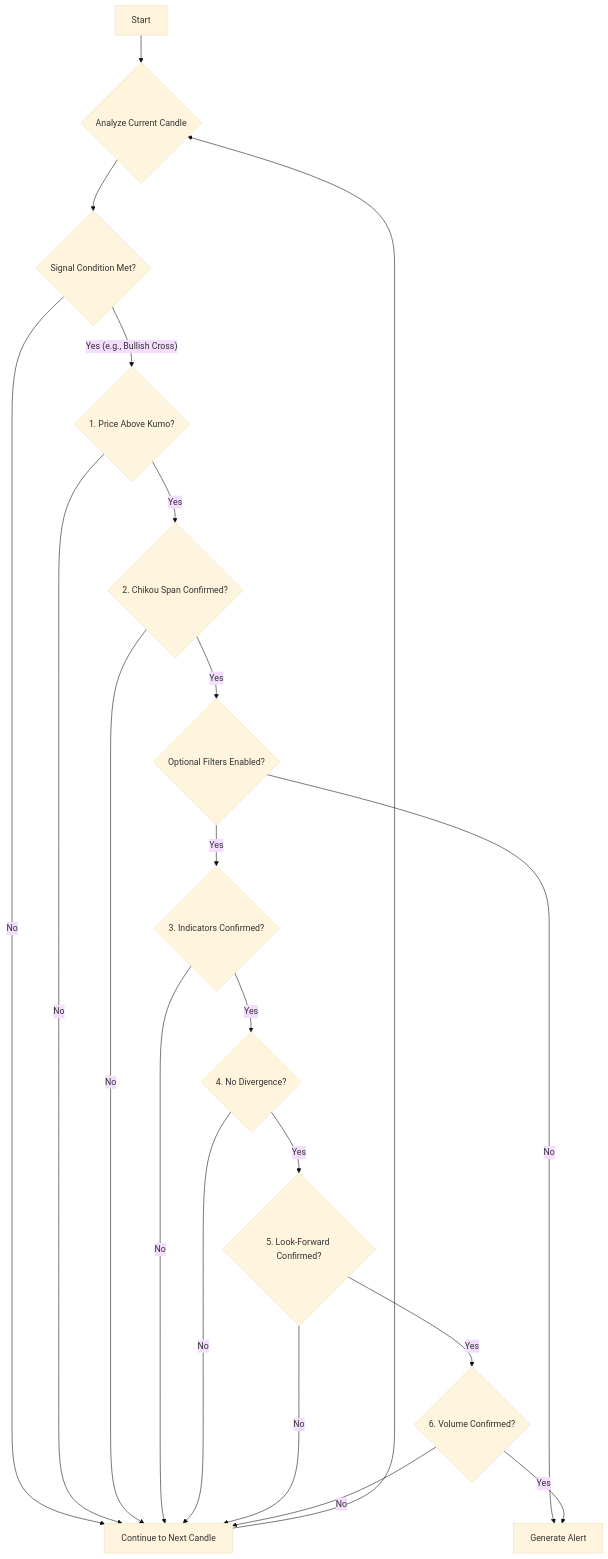
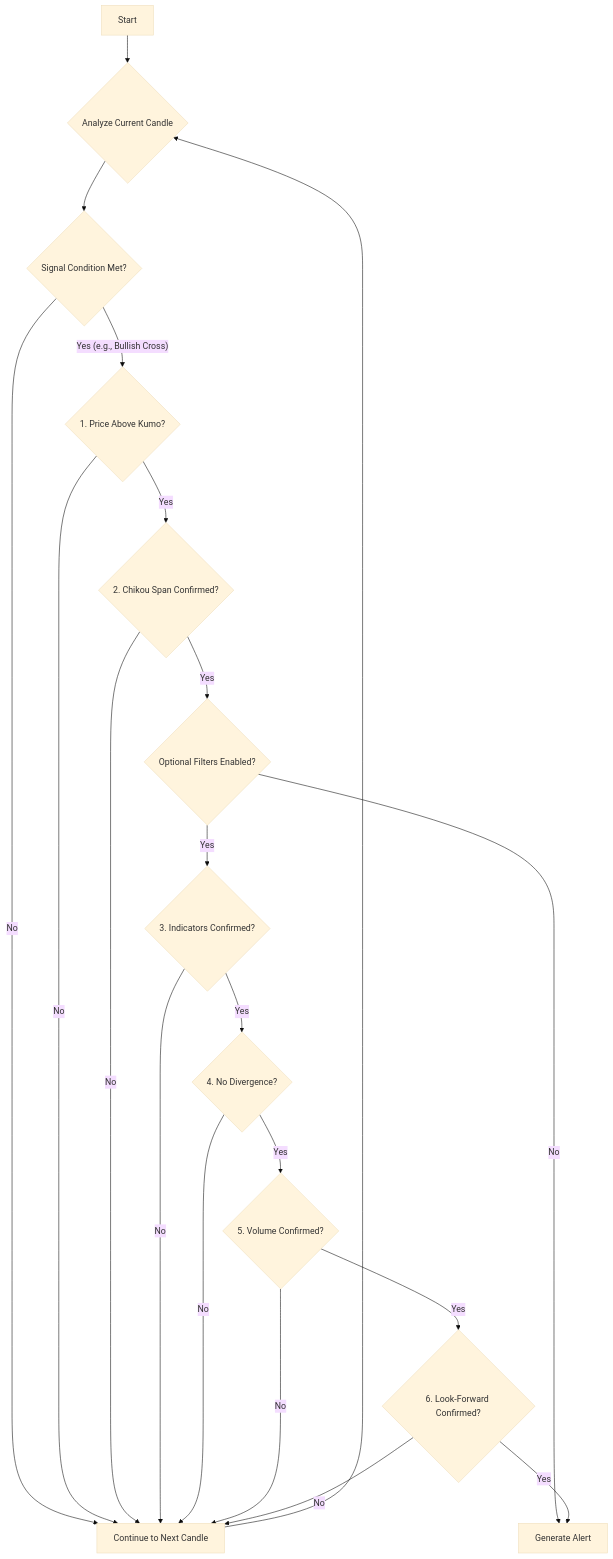
Before and after one commit to haud-tech-org/stock_trading: the diagram in docs/algorithms/ICHIMOKU.md, drawn with Mermaid (base theme). The commit also changed other lines of this file and 10 other files, not shown here.

````diff
--- a/docs/algorithms/ICHIMOKU.md
+++ b/docs/algorithms/ICHIMOKU.md
@@ -77,22 +76,22 @@
 ```mermaid
 graph TD
     A[Start] --> B{Analyze Current Candle};
     B --> C{Signal Condition Met?};
     C -- No --> X[Continue to Next Candle];
     C -- Yes (e.g., Bullish Cross) --> D{1. Price Above Kumo?};
     D -- No --> X;
     D -- Yes --> E{2. Chikou Span Confirmed?};
     E -- No --> X;
     E -- Yes --> F{"Optional Filters Enabled?"};
     F -- No --> Z[Generate Alert];
     F -- Yes --> G{3. Indicators Confirmed?};
     G -- No --> X;
     G -- Yes --> H{4. No Divergence?};
     H -- No --> X;
-    H -- Yes --> I{5. Look-Forward Confirmed?};
+    H -- Yes --> I{5. Volume Confirmed?};
     I -- No --> X;
-    I -- Yes --> J{6. Volume Confirmed?};
+    I -- Yes --> J{6. Look-Forward Confirmed?};
     J -- No --> X;
     J -- Yes --> Z;
     X --> B;
 ```
````
